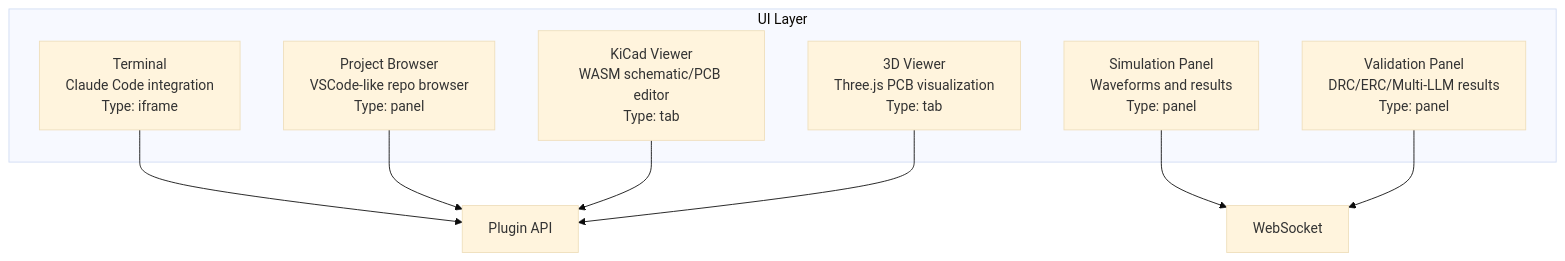
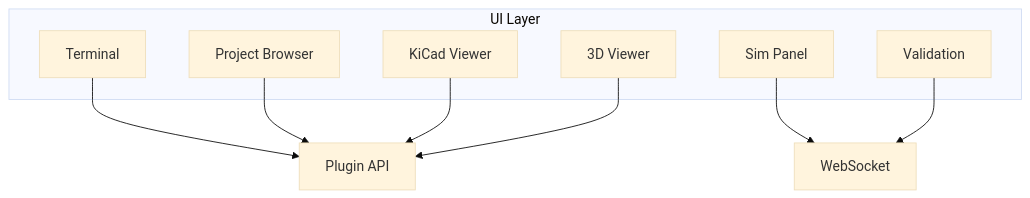
One commit to adverant/adverant-nexus-ee-design-partner changed the fifth of 9 diagrams in ARCHITECTURE.md. Above: the diagram before and after it, drawn with Mermaid (base theme). The commit also changed other lines of this file, not shown here.

First line of the commit message:
docs: fix Mermaid diagram rendering for marketplace

````diff
--- a/ARCHITECTURE.md
+++ b/ARCHITECTURE.md
@@ -203,18 +215,18 @@
 ```mermaid
 graph TB
     subgraph "UI Layer"
-        Terminal[Terminal<br/>Claude Code integration<br/>Type: iframe]
-        Browser[Project Browser<br/>VSCode-like repo browser<br/>Type: panel]
-        KiCad[KiCad Viewer<br/>WASM schematic/PCB editor<br/>Type: tab]
-        SimPanel[Simulation Panel<br/>Waveforms and results<br/>Type: panel]
-        ValPanel[Validation Panel<br/>DRC/ERC/Multi-LLM results<br/>Type: panel]
-        Viewer3D[3D Viewer<br/>Three.js PCB visualization<br/>Type: tab]
+        Terminal[Terminal]
+        Browser[Project Browser]
+        KiCad[KiCad Viewer]
+        SimPanel[Sim Panel]
+        ValPanel[Validation]
+        Viewer3D[3D Viewer]
     end
 
     Terminal --> API[Plugin API]
     Browser --> API
     KiCad --> API
     SimPanel --> WebSocket[WebSocket]
     ValPanel --> WebSocket
     Viewer3D --> API
 ```
````
